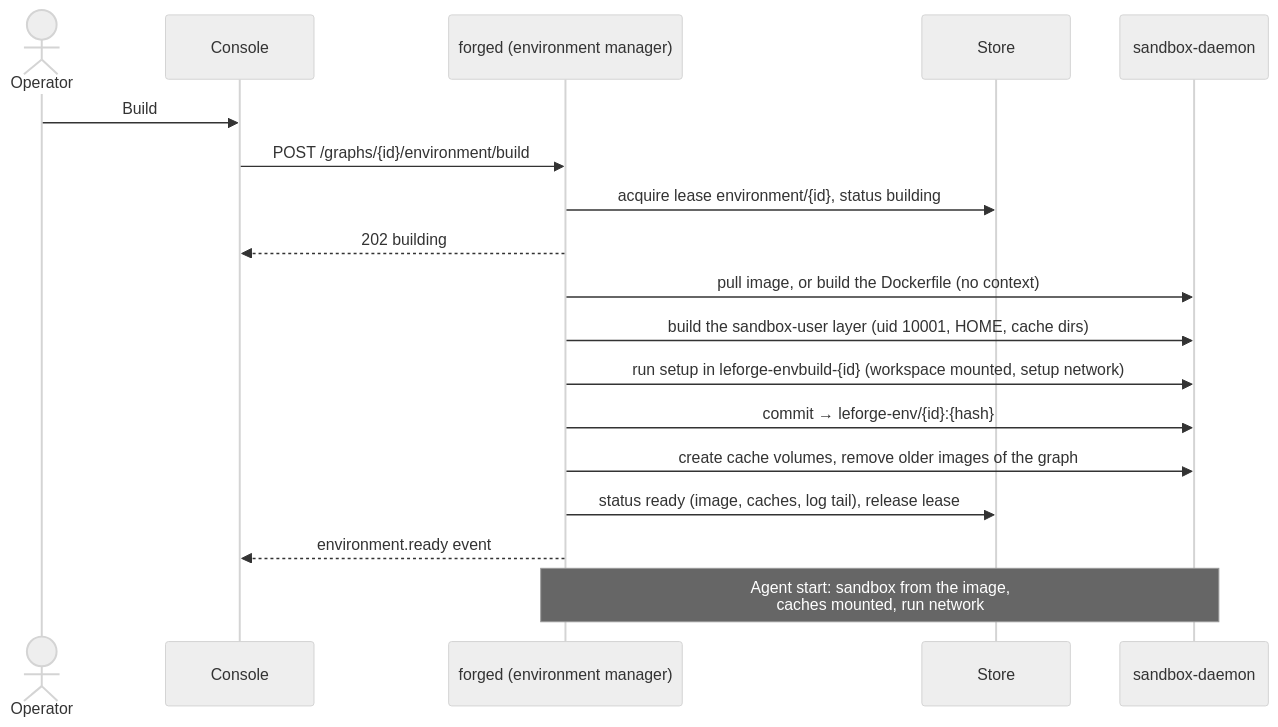
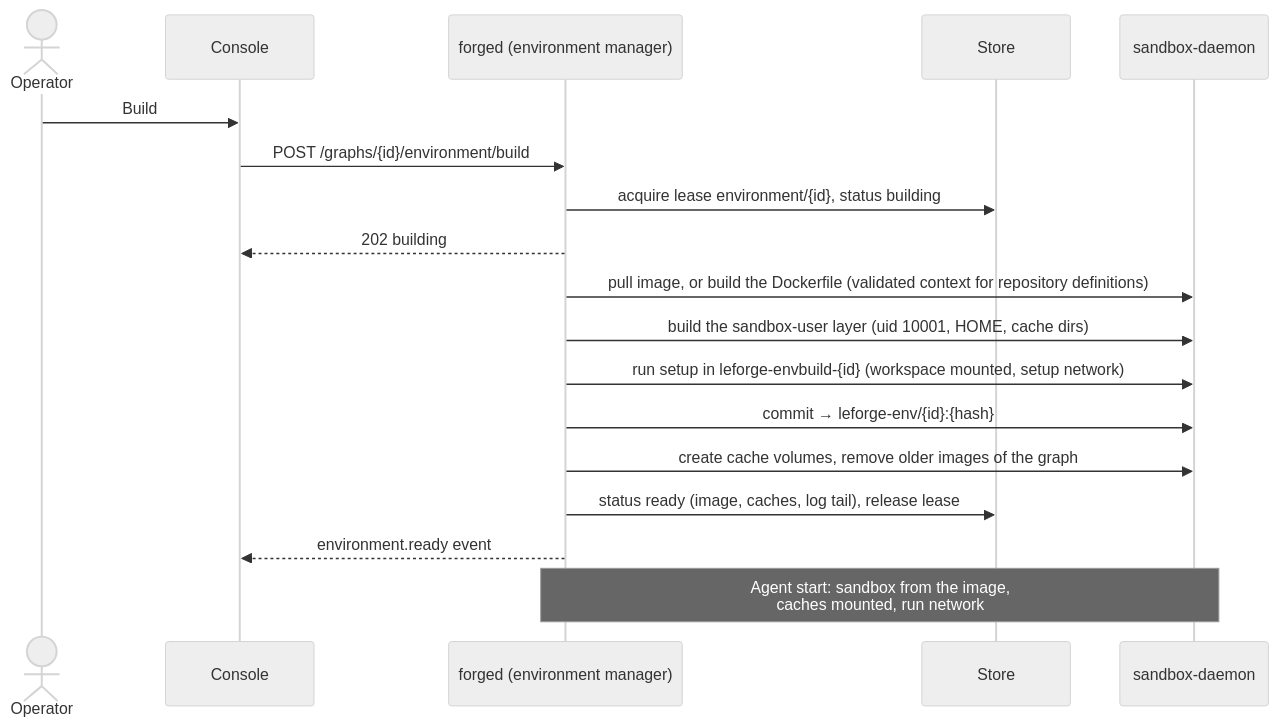
The diagram in docs/environments.md (woliveiras/le-forge), drawn with Mermaid (neutral theme) before and after one commit. The commit also changed other lines of this file and 20 other files, not shown here.

Commit message:
feat(environment): build validated repository contexts for COPY and ADD

````diff
--- a/docs/environments.md
+++ b/docs/environments.md
@@ -176,20 +208,20 @@
 ```mermaid
 sequenceDiagram
   actor Op as Operator
   participant UI as Console
   participant F as forged (environment manager)
   participant S as Store
   participant D as sandbox-daemon
   Op->>UI: Build
   UI->>F: POST /graphs/{id}/environment/build
   F->>S: acquire lease environment/{id}, status building
   F-->>UI: 202 building
-  F->>D: pull image, or build the Dockerfile (no context)
+  F->>D: pull image, or build the Dockerfile (validated context for repository definitions)
   F->>D: build the sandbox-user layer (uid 10001, HOME, cache dirs)
   F->>D: run setup in leforge-envbuild-{id} (workspace mounted, setup network)
   F->>D: commit → leforge-env/{id}:{hash}
   F->>D: create cache volumes, remove older images of the graph
   F->>S: status ready (image, caches, log tail), release lease
   F-->>UI: environment.ready event
   Note over F,D: Agent start: sandbox from the image,<br/>caches mounted, run network
 ```
````
